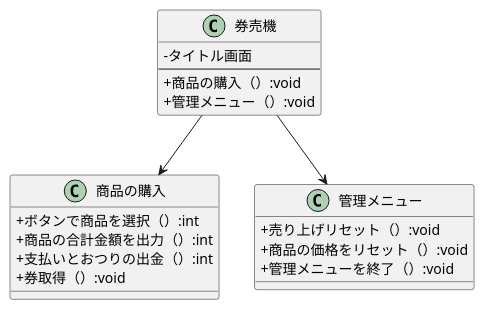
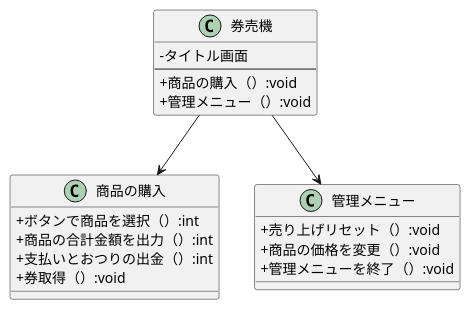
One commit to tknsikeiz/lastwork changed the diagram in 設計図/クラス図_券売機.pu. Above: the diagram before and after it, drawn with PlantUML. The commit also changed 2 other files, not shown here.

```diff
--- a/設計図/クラス図_券売機.pu
+++ b/設計図/クラス図_券売機.pu
@@ -1,29 +1,29 @@
 @startuml 券売機のクラス図
 skinparam classAttributeIconSize 0
 
 class 券売機 {
 - タイトル画面
 ---
 + 商品の購入（）:void
 + 管理メニュー（）:void
 }
 
 class 商品の購入 {
 + ボタンで商品を選択（）:int
 + 商品の合計金額を出力（）:int
 + 支払いとおつりの出金（）:int
 + 券取得（）:void
 }
 
 
 class 管理メニュー {
 + 売り上げリセット（）:void
-+ 商品の価格をリセット（）:void
++ 商品の価格を変更（）:void
 + 管理メニューを終了（）:void
 }
 
     券売機 --> 商品の購入
     券売機 --> 管理メニュー
 
 
 @enduml
```
